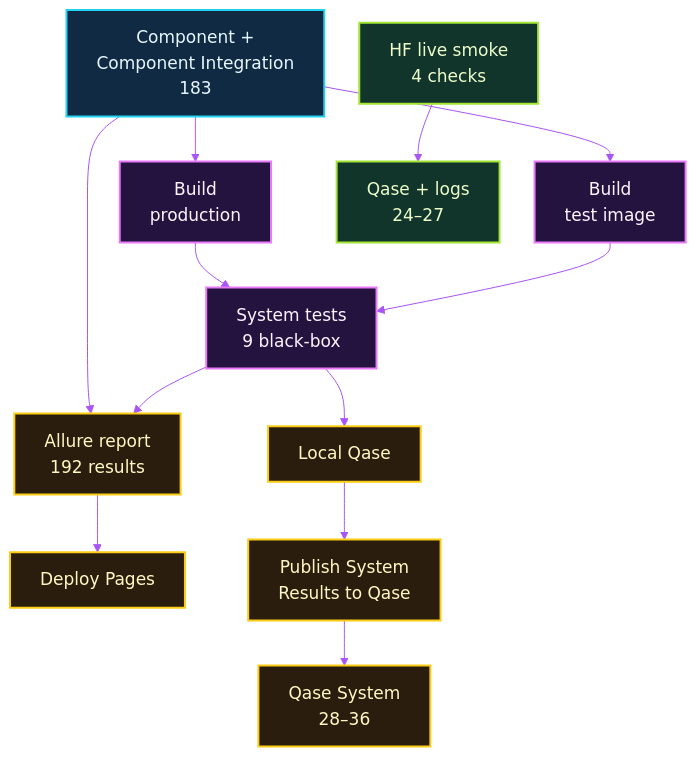
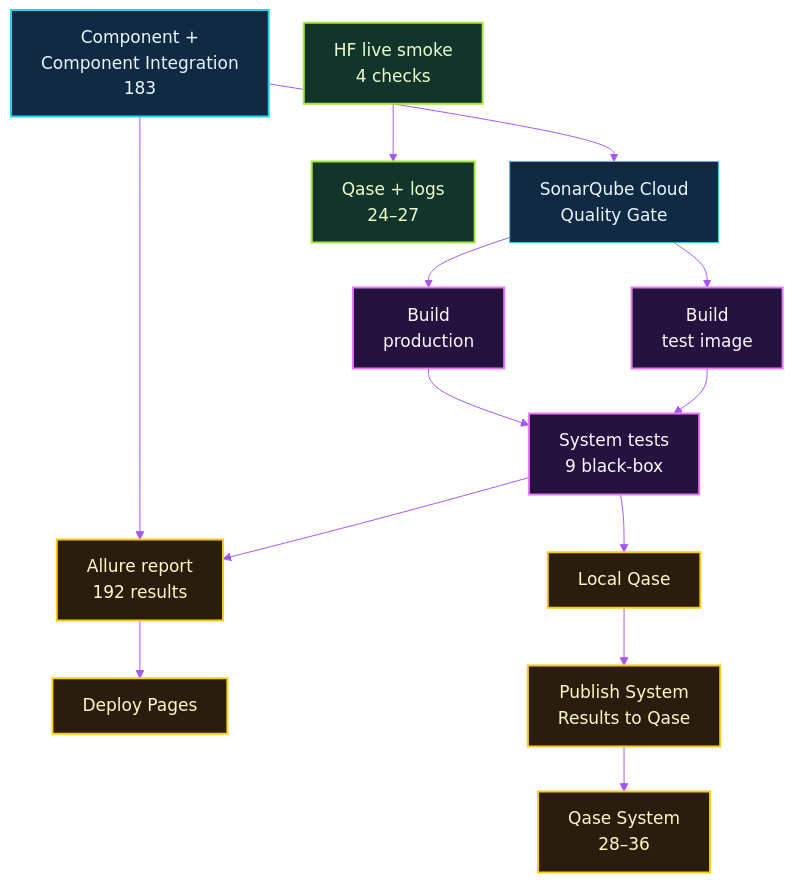
The third of 3 diagrams in docs/TESTING.md (michalmarczuk/event-agent), drawn with Mermaid before and after one commit. The commit also changed other lines of this file and 1 other file, not shown here.

Commit message:
Enforce Sonar quality gate and modernize CI

````diff
--- a/docs/TESTING.md
+++ b/docs/TESTING.md
@@ -125,26 +128,27 @@
 ```mermaid
 %%{init: {'theme': 'base', 'themeVariables': {'background': '#07111f', 'primaryColor': '#102a43', 'primaryTextColor': '#e6f7ff', 'primaryBorderColor': '#22d3ee', 'secondaryColor': '#25133f', 'tertiaryColor': '#12352b', 'lineColor': '#a855f7', 'fontFamily': 'ui-sans-serif, system-ui', 'fontSize': '17px'}, 'flowchart': {'nodeSpacing': 35, 'rankSpacing': 45}}}%%
 flowchart TB
-    component["Component +<br/>Component Integration<br/>183"] --> production["Build<br/>production"]
-    component --> test_image["Build<br/>test image"]
+    component["Component +<br/>Component Integration<br/>183"] --> sonar["SonarQube Cloud<br/>Quality Gate"]
+    sonar --> production["Build<br/>production"]
+    sonar --> test_image["Build<br/>test image"]
     production --> system["System tests<br/>9 black-box"]
     test_image --> system
     component --> allure["Allure report<br/>192 results"]
     system --> allure
     allure --> pages["Deploy Pages"]
 
     system --> local["Local Qase"]
     local --> publish["Publish System<br/>Results to Qase"]
     publish --> qase["Qase System<br/>28–36"]
 
     hf["HF live smoke<br/>4 checks"] --> qase_live["Qase + logs<br/>24–27"]
 
     classDef ci fill:#102a43,stroke:#22d3ee,color:#e6f7ff,stroke-width:2px;
     classDef image fill:#25133f,stroke:#e879f9,color:#fdf4ff,stroke-width:2px;
     classDef report fill:#2b1d0e,stroke:#facc15,color:#fef9c3,stroke-width:2px;
     classDef live fill:#12352b,stroke:#a3e635,color:#ecfccb,stroke-width:2px;
     class component ci;
     class production,test_image,system image;
     class allure,pages,local,publish,qase report;
     class hf,qase_live live;
 ```
````
